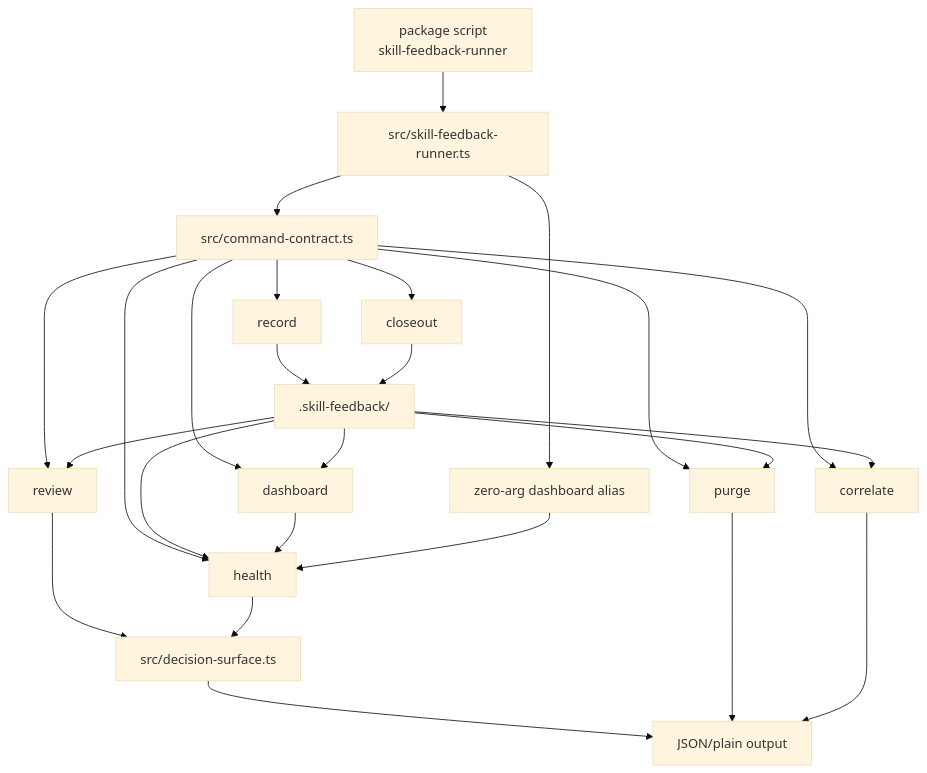
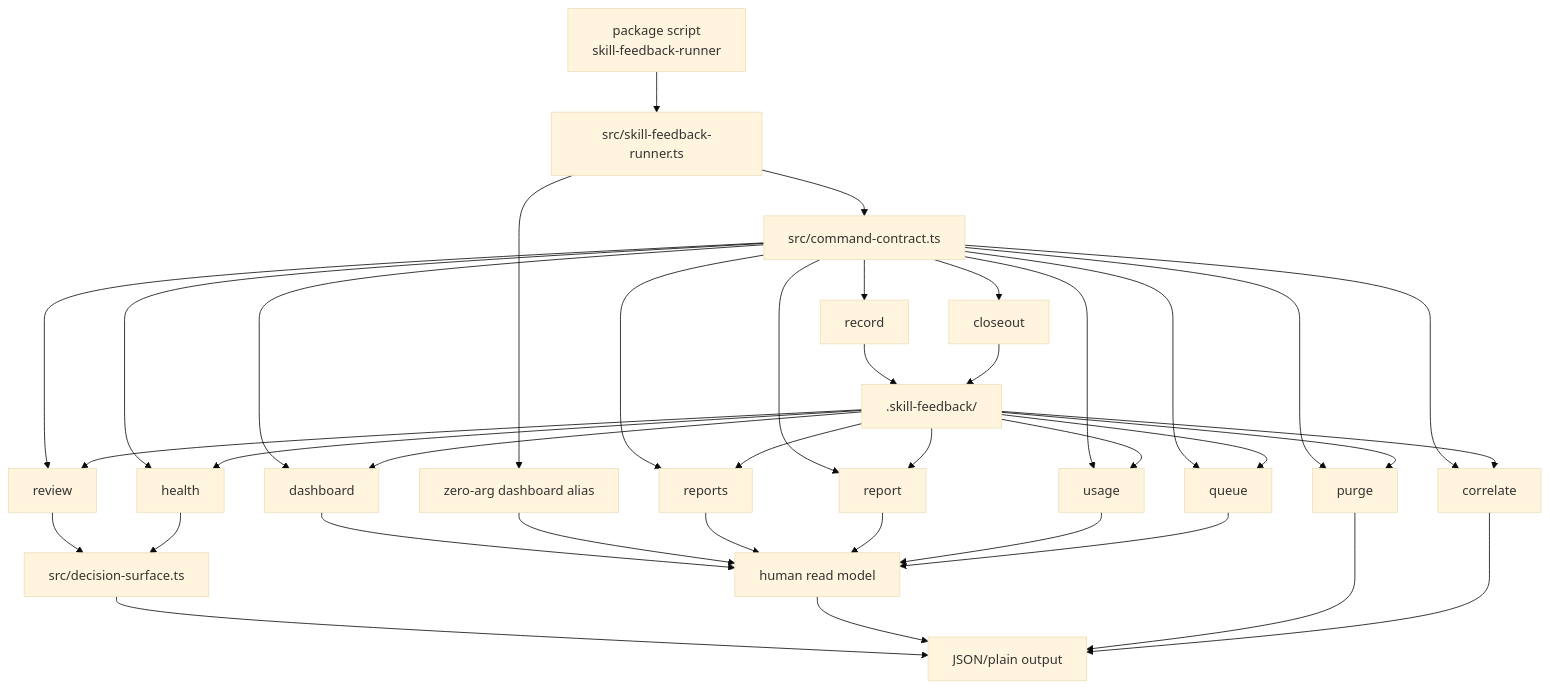
One commit to nathanvale/claude-code-config changed the first of 5 diagrams in skills/skill-feedback/ARCHITECTURE.md. Above: the diagram before and after it, drawn with Mermaid (base theme). The commit also changed other lines of this file and 24 other files, not shown here.

````diff
--- a/skills/skill-feedback/ARCHITECTURE.md
+++ b/skills/skill-feedback/ARCHITECTURE.md
@@ -43,27 +45,40 @@
 ```mermaid
 flowchart TD
   Script["package script<br/>skill-feedback-runner"] --> Runner["src/skill-feedback-runner.ts"]
   Runner --> Contract["src/command-contract.ts"]
   Runner --> Dashboard["zero-arg dashboard alias"]
   Contract --> Record["record"]
   Contract --> Closeout["closeout"]
   Contract --> DashboardCommand["dashboard"]
+  Contract --> Reports["reports"]
+  Contract --> Report["report"]
+  Contract --> Usage["usage"]
+  Contract --> Queue["queue"]
   Contract --> Review["review"]
   Contract --> Health["health"]
   Contract --> Purge["purge"]
   Contract --> Correlate["correlate"]
   Record --> Inbox[".skill-feedback/"]
   Closeout --> Inbox
   Inbox --> Review
   Inbox --> Health
   Inbox --> DashboardCommand
+  Inbox --> Reports
+  Inbox --> Report
+  Inbox --> Usage
+  Inbox --> Queue
   Inbox --> Purge
   Inbox --> Correlate
   Review --> Surface["src/decision-surface.ts"]
   Health --> Surface
-  DashboardCommand --> Health
-  Dashboard --> Health
+  DashboardCommand --> Human["human read model"]
+  Dashboard --> Human
+  Reports --> Human
+  Report --> Human
+  Usage --> Human
+  Queue --> Human
   Surface --> Output["JSON/plain output"]
+  Human --> Output
   Purge --> Output
   Correlate --> Output
 ```
````
